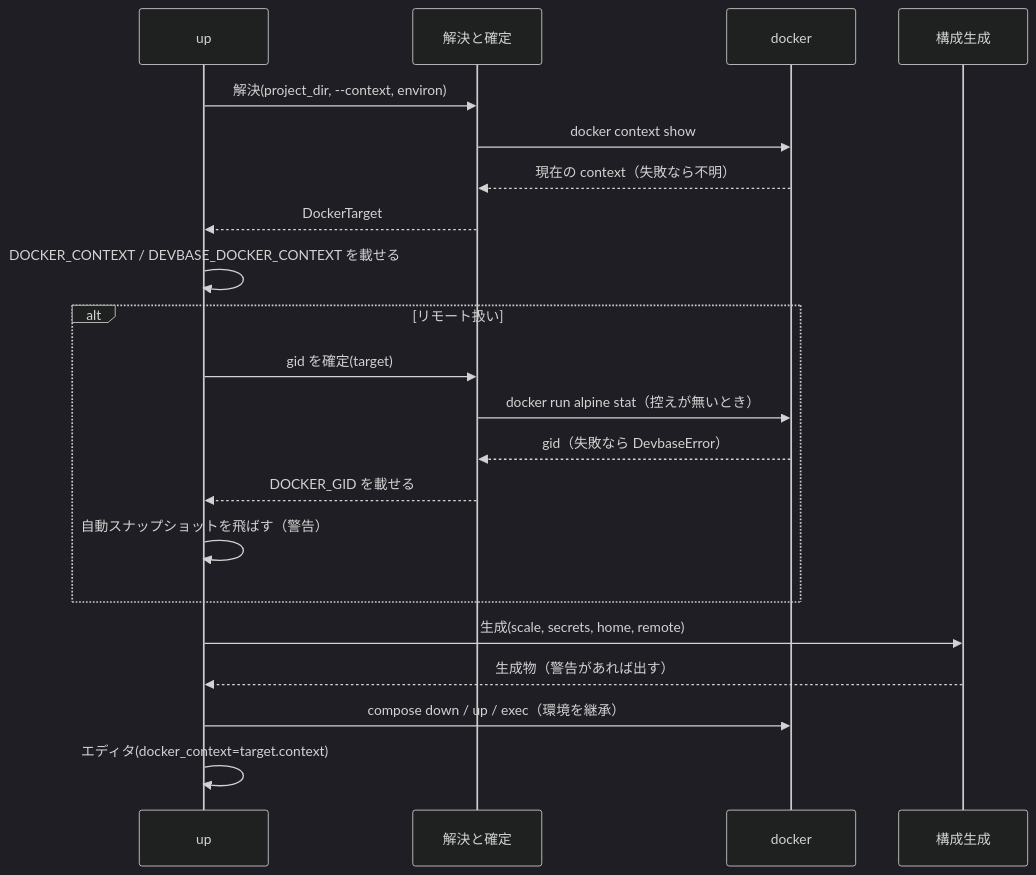
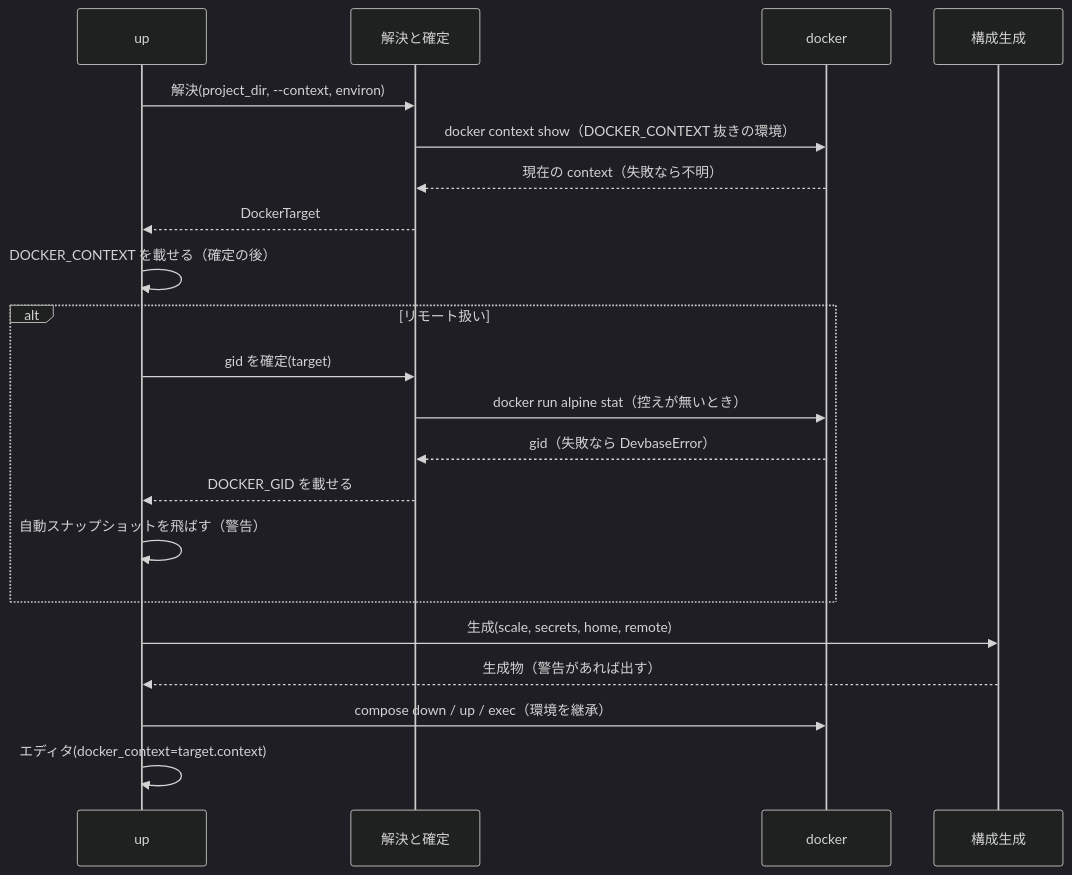
The sixth of 7 diagrams in issues/PLAN52_remote-docker-context-design.md (devbasex/devbase), drawn with Mermaid (dark theme) before and after one commit. The commit also changed other lines of this file and 2 other files, not shown here.

First line of the commit message:
docs(PLAN52): レビュー指摘を反映 (context 判定の順序・自動ビルドへの --context 明示・機密の記述)

````diff
--- a/issues/PLAN52_remote-docker-context-design.md
+++ b/issues/PLAN52_remote-docker-context-design.md
@@ -306,23 +308,23 @@
 ```mermaid
 sequenceDiagram
     participant U as up
     participant R as 解決と確定
     participant D as docker
     participant C as 構成生成
     U->>R: 解決(project_dir, --context, environ)
-    R->>D: docker context show
+    R->>D: docker context show（DOCKER_CONTEXT 抜きの環境）
     D-->>R: 現在の context（失敗なら不明）
     R-->>U: DockerTarget
-    U->>U: DOCKER_CONTEXT / DEVBASE_DOCKER_CONTEXT を載せる
+    U->>U: DOCKER_CONTEXT を載せる（確定の後）
     alt リモート扱い
         U->>R: gid を確定(target)
         R->>D: docker run alpine stat（控えが無いとき）
         D-->>R: gid（失敗なら DevbaseError）
         R-->>U: DOCKER_GID を載せる
         U->>U: 自動スナップショットを飛ばす（警告）
     end
     U->>C: 生成(scale, secrets, home, remote)
     C-->>U: 生成物（警告があれば出す）
     U->>D: compose down / up / exec（環境を継承）
     U->>U: エディタ(docker_context=target.context)
 ```
````
